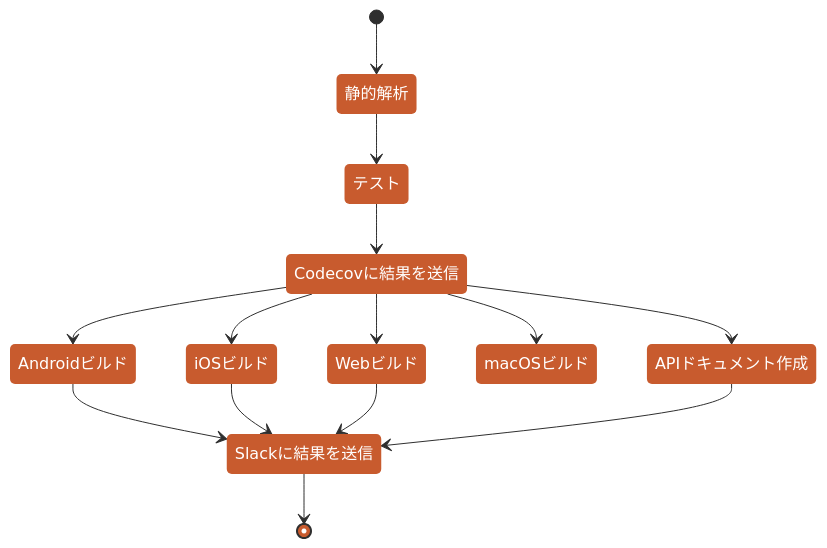
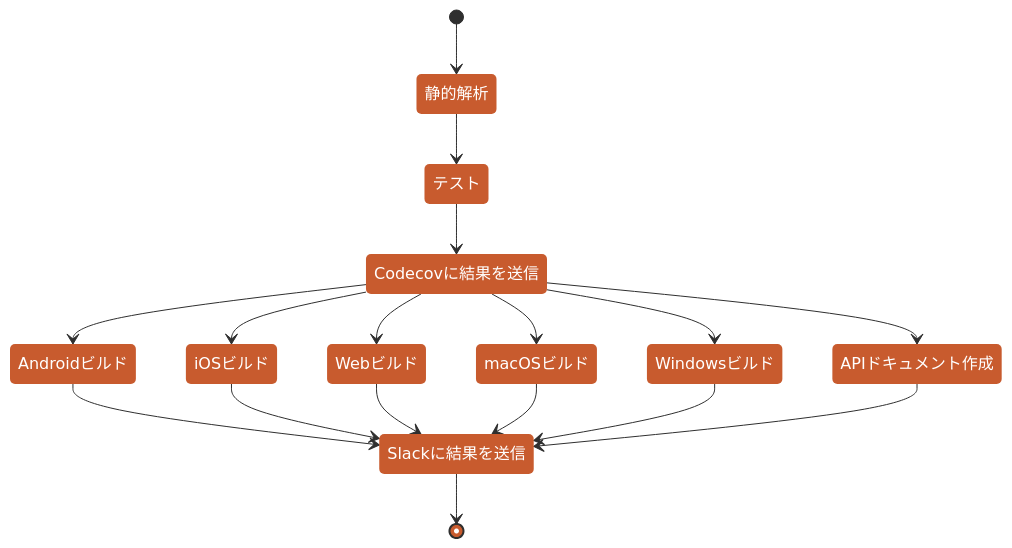
The second of 2 diagrams in README.md (susatthi/github-search), drawn with Mermaid before and after one commit. The commit also changed other lines of this file, not shown here.

Commit message:
#41 impl README更新

````diff
--- a/README.md
+++ b/README.md
@@ -185,17 +184,20 @@
 ```mermaid
 %%{init:{'theme':'base','themeVariables':{'primaryColor':'#C85B2E','primaryTextColor':'#ffffff','lineColor':'#2f2f2f','fontSize':'16px','nodeBorder':'0px'}}}%%
 stateDiagram-v2 
     [*] --> 静的解析
     静的解析 --> テスト
     テスト --> Codecovに結果を送信
     Codecovに結果を送信 --> Androidビルド
     Codecovに結果を送信 --> iOSビルド
     Codecovに結果を送信 --> Webビルド
     Codecovに結果を送信 --> macOSビルド
+    Codecovに結果を送信 --> Windowsビルド
     Codecovに結果を送信 --> APIドキュメント作成
     Androidビルド --> Slackに結果を送信
     iOSビルド --> Slackに結果を送信
     Webビルド --> Slackに結果を送信
+    macOSビルド --> Slackに結果を送信
+    Windowsビルド --> Slackに結果を送信
     APIドキュメント作成 --> Slackに結果を送信
     Slackに結果を送信 --> [*]
 ```
````
